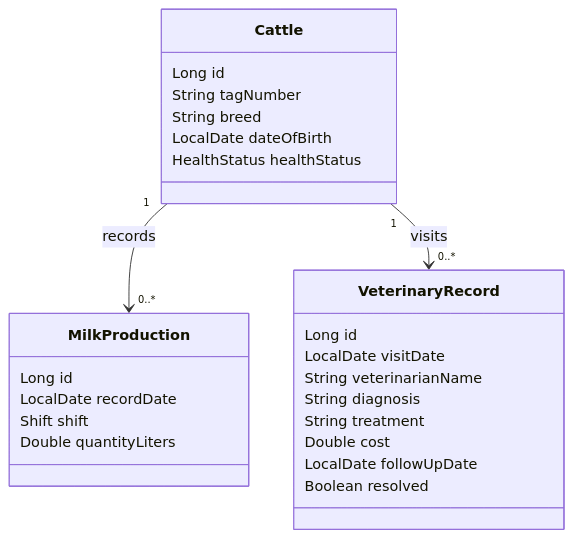
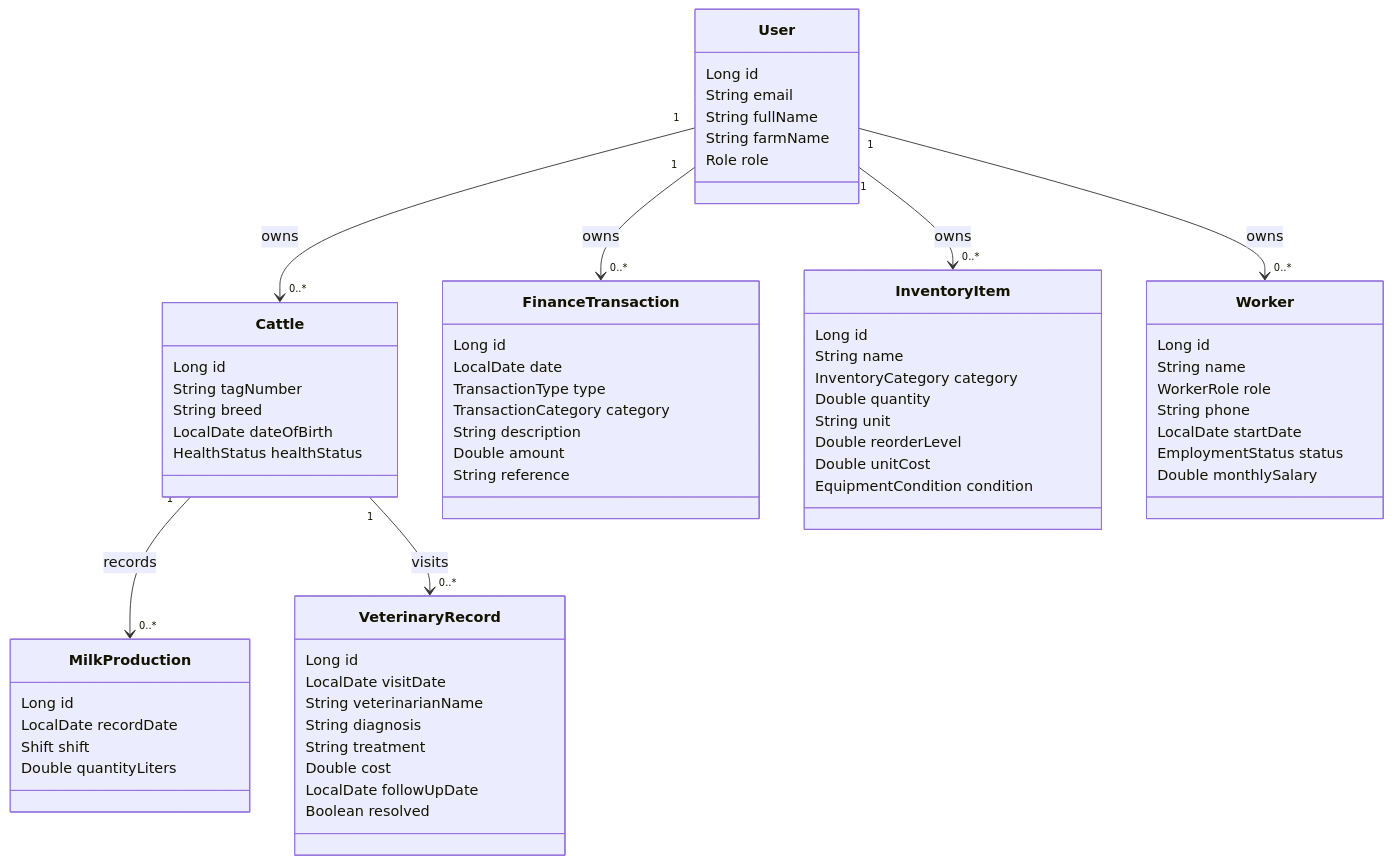
One commit to Afanyu-Emmanuel-Delonie/backend changed the diagram in README.md. Above: the diagram before and after it, drawn with Mermaid. The commit also changed other lines of this file and 55 other files, not shown here.

````diff
--- a/README.md
+++ b/README.md
@@ -29,28 +38,67 @@
 ```mermaid
 classDiagram
+    class User {
+      Long id
+      String email
+      String fullName
+      String farmName
+      Role role
+    }
     class Cattle {
       Long id
       String tagNumber
       String breed
       LocalDate dateOfBirth
       HealthStatus healthStatus
     }
     class MilkProduction {
       Long id
       LocalDate recordDate
       Shift shift
       Double quantityLiters
     }
     class VeterinaryRecord {
       Long id
       LocalDate visitDate
       String veterinarianName
       String diagnosis
       String treatment
       Double cost
       LocalDate followUpDate
       Boolean resolved
     }
+    class FinanceTransaction {
+      Long id
+      LocalDate date
+      TransactionType type
+      TransactionCategory category
+      String description
+      Double amount
+      String reference
+    }
+    class InventoryItem {
+      Long id
+      String name
+      InventoryCategory category
+      Double quantity
+      String unit
+      Double reorderLevel
+      Double unitCost
+      EquipmentCondition condition
+    }
+    class Worker {
+      Long id
+      String name
+      WorkerRole role
+      String phone
+      LocalDate startDate
+      EmploymentStatus status
+      Double monthlySalary
+    }
     Cattle "1" --> "0..*" MilkProduction : records
     Cattle "1" --> "0..*" VeterinaryRecord : visits
+    User "1" --> "0..*" Cattle : owns
+    User "1" --> "0..*" FinanceTransaction : owns
+    User "1" --> "0..*" InventoryItem : owns
+    User "1" --> "0..*" Worker : owns
 ```
````
